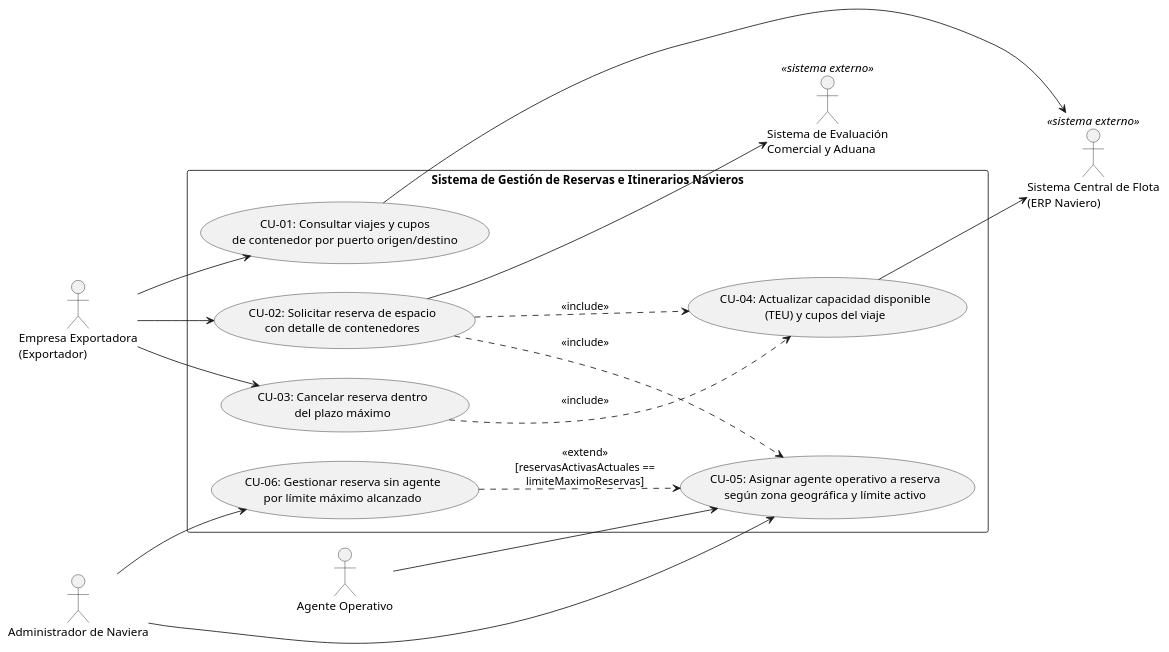
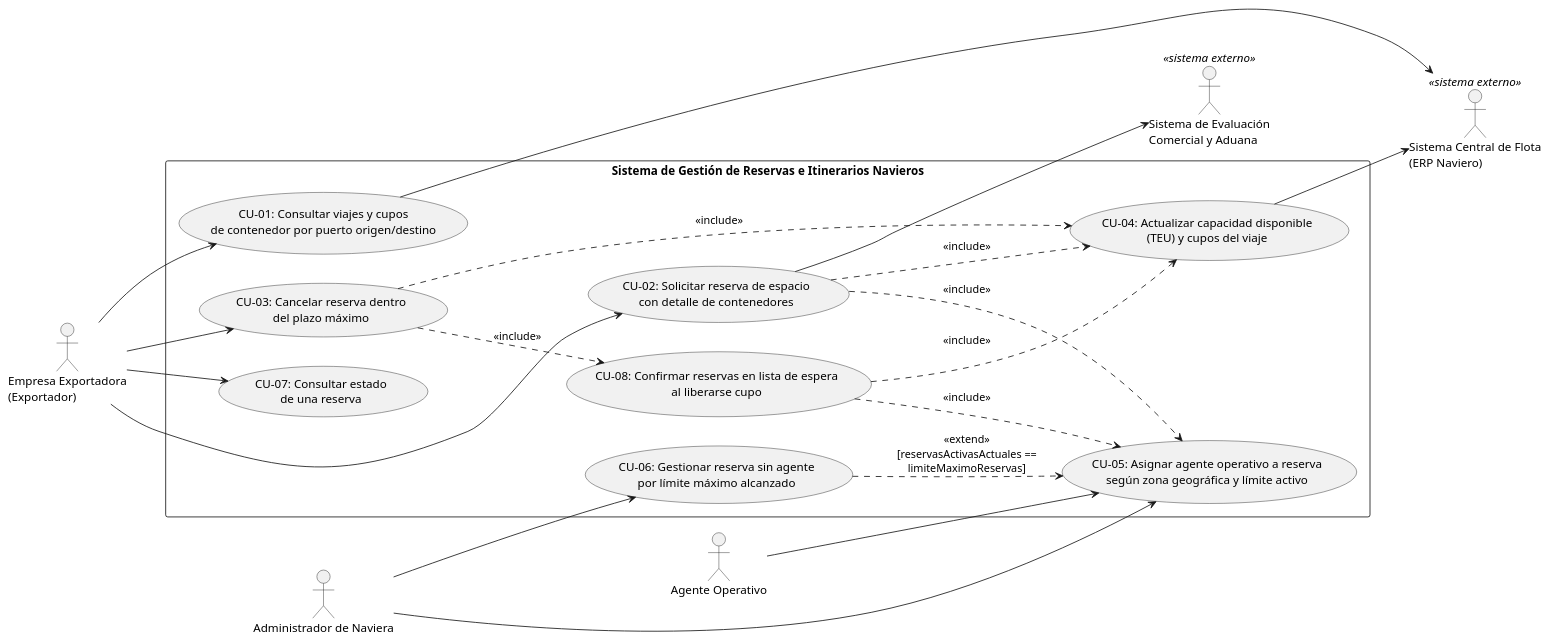
The diagram in diagramas/casos-de-uso.puml (NaviCarga/Navieras), drawn with PlantUML before and after one commit. The commit also changed 1 other file, not shown here.

```diff
--- a/diagramas/casos-de-uso.puml
+++ b/diagramas/casos-de-uso.puml
@@ -1,43 +1,49 @@
 @startuml
 left to right direction
 skinparam packageStyle rectangle
 skinparam shadowing false
 
 ' Actores Humanos (Izquierda)
 actor "Empresa Exportadora\n(Exportador)" as Exportador
 actor "Agente Operativo" as Agente
 actor "Administrador de Naviera" as Admin
 
 ' Sistemas Externos (Derecha)
 actor "Sistema Central de Flota\n(ERP Naviero)" as ERP <<sistema externo>>
 actor "Sistema de Evaluación\nComercial y Aduana" as Aduana <<sistema externo>>
 
 rectangle "Sistema de Gestión de Reservas e Itinerarios Navieros" {
   usecase "CU-01: Consultar viajes y cupos\nde contenedor por puerto origen/destino" as CU01
   usecase "CU-02: Solicitar reserva de espacio\ncon detalle de contenedores" as CU02
   usecase "CU-03: Cancelar reserva dentro\ndel plazo máximo" as CU03
   usecase "CU-04: Actualizar capacidad disponible\n(TEU) y cupos del viaje" as CU04
   usecase "CU-05: Asignar agente operativo a reserva\nsegún zona geográfica y límite activo" as CU05
   usecase "CU-06: Gestionar reserva sin agente\npor límite máximo alcanzado" as CU06
+  usecase "CU-07: Consultar estado\nde una reserva" as CU07
+  usecase "CU-08: Confirmar reservas en lista de espera\nal liberarse cupo" as CU08
 }
 
 ' Relaciones de Actores Humanos
 Exportador --> CU01
 Exportador --> CU02
 Exportador --> CU03
+Exportador --> CU07
 
 Agente --> CU05
 Admin --> CU05
 Admin --> CU06
 
 ' Relaciones include y extend
 CU02 ..> CU04 : <<include>>
 CU03 ..> CU04 : <<include>>
 CU02 ..> CU05 : <<include>>
 CU06 ..> CU05 : <<extend>>\n[reservasActivasActuales ==\nlimiteMaximoReservas]
+CU03 ..> CU08 : <<include>>
+CU08 ..> CU04 : <<include>>
+CU08 ..> CU05 : <<include>>
 
 ' Relaciones con Sistemas Externos
 CU01 --> ERP
 CU04 --> ERP
 CU02 --> Aduana
 @enduml
```
